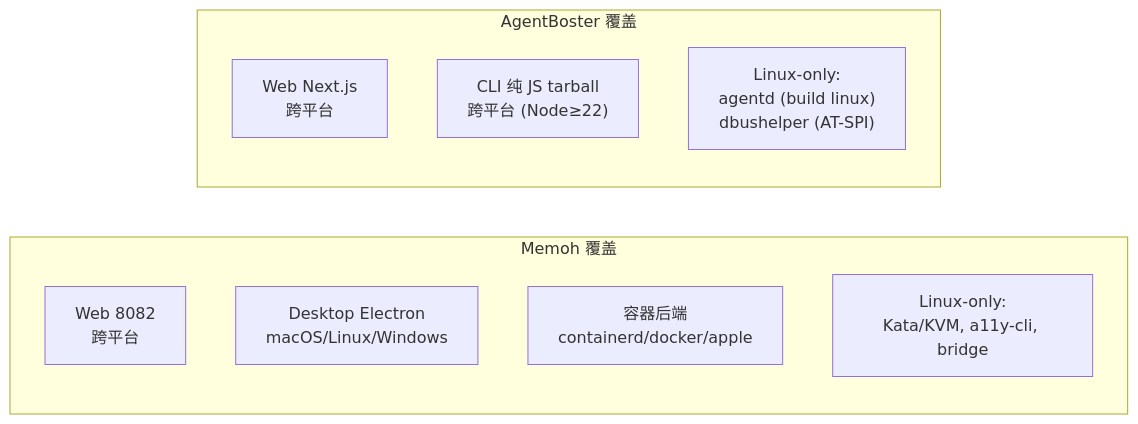
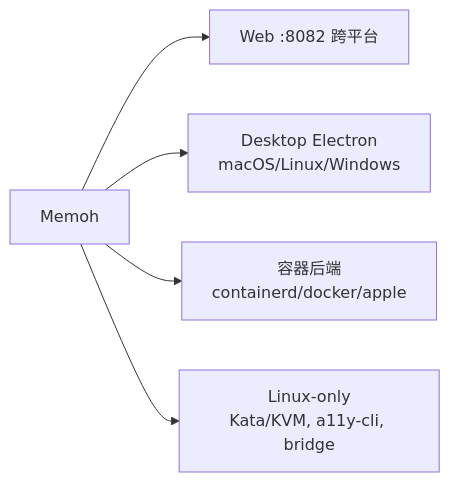
One commit to NekoSekaiMoe/agentboster changed the fifth of 32 diagrams in docs/memoh-vs-agentboster.md. Above: the diagram before and after it, drawn with Mermaid. The commit also changed other lines of this file, not shown here.

````diff
--- a/docs/memoh-vs-agentboster.md
+++ b/docs/memoh-vs-agentboster.md
@@ -76,14 +89,7 @@
 ```mermaid
 flowchart LR
-    subgraph M["Memoh 覆盖"]
-        MW["Web 8082<br/>跨平台"]
-        MD["Desktop Electron<br/>macOS/Linux/Windows"]
-        MB["容器后端<br/>containerd/docker/apple"]
-        ML["Linux-only:<br/>Kata/KVM, a11y-cli, bridge"]
-    end
-    subgraph A["AgentBoster 覆盖"]
-        AW["Web Next.js<br/>跨平台"]
-        AC["CLI 纯 JS tarball<br/>跨平台 (Node≥22)"]
-        AL["Linux-only:<br/>agentd (build linux)<br/>dbushelper (AT-SPI)"]
-    end
+    A1["Memoh"] --> A2["Web :8082 跨平台"]
+    A1 --> A3["Desktop Electron<br/>macOS/Linux/Windows"]
+    A1 --> A4["容器后端<br/>containerd/docker/apple"]
+    A1 --> A5["Linux-only<br/>Kata/KVM, a11y-cli, bridge"]
 ```
````
